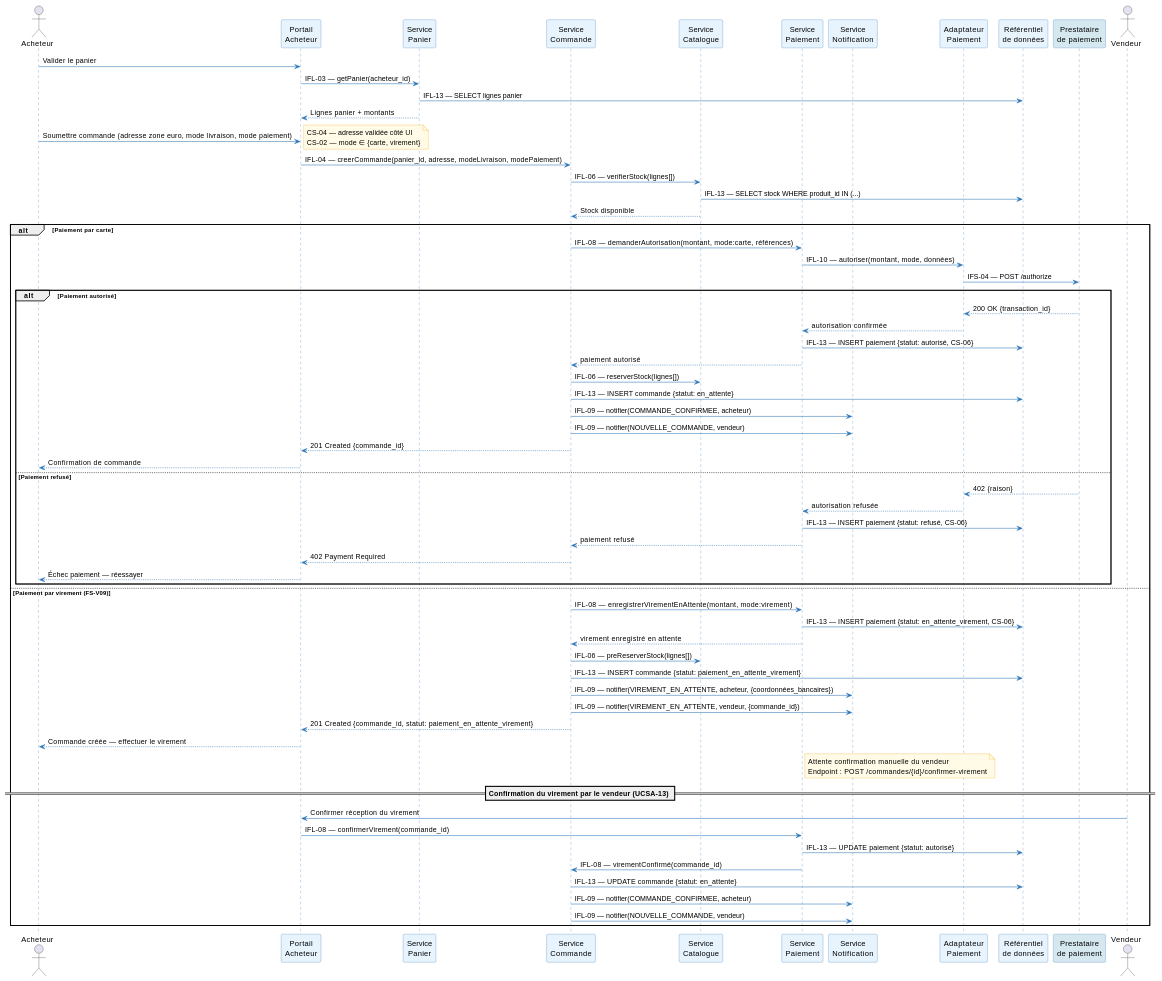
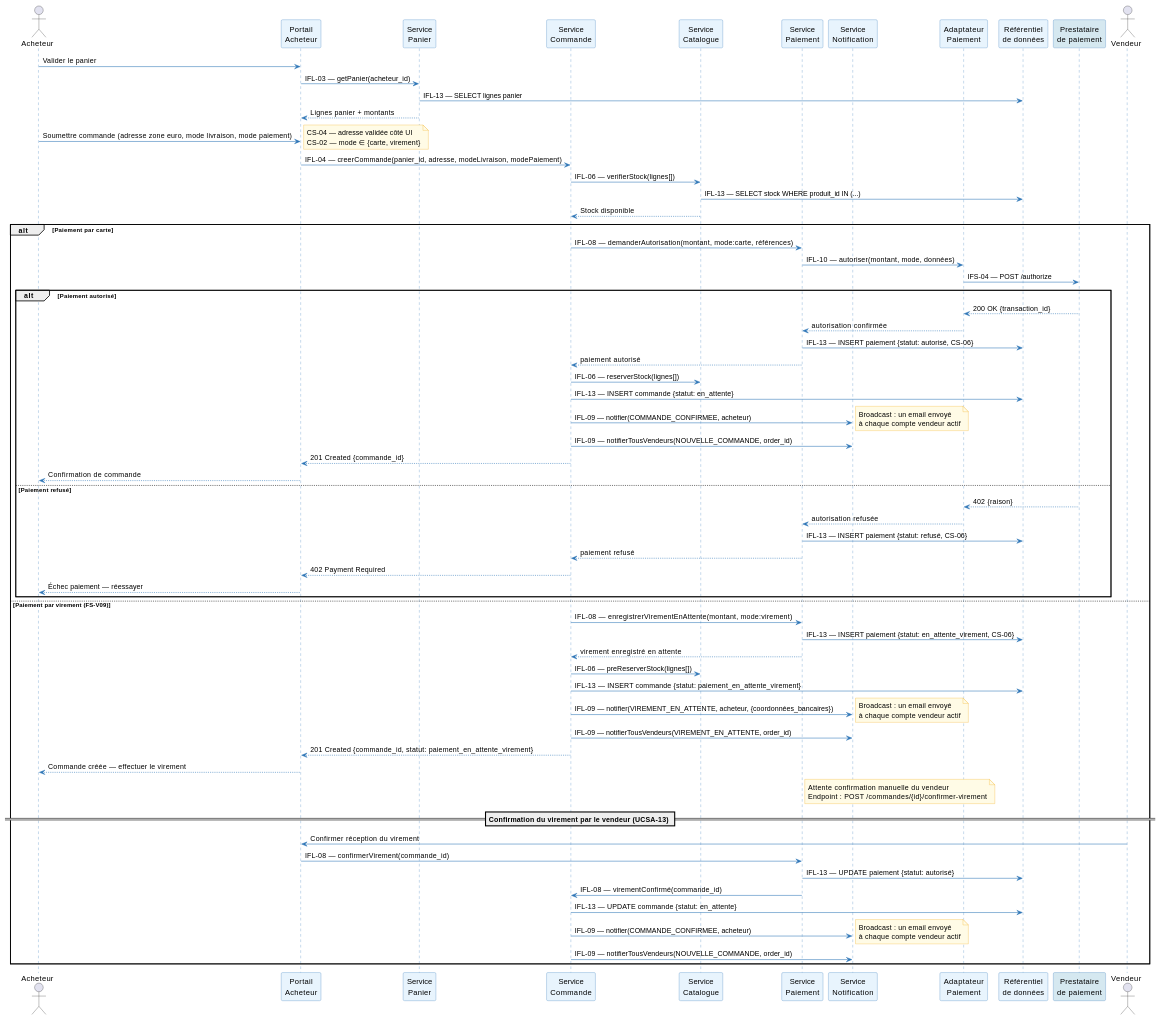
The third of 7 diagrams in architecture/03-logical-architecture/la.adoc (louistalvande/online_shop), drawn with PlantUML before and after one commit. The commit also changed other lines of this file and 41 other files, not shown here.

```diff
--- a/architecture/03-logical-architecture/la.adoc
+++ b/architecture/03-logical-architecture/la.adoc
@@ -437,7 +437,8 @@
     SvcOrder -> SvcCatalog : IFL-06 — reserverStock(lignes[])
     SvcOrder -> DB : IFL-13 — INSERT commande {statut: en_attente}
     SvcOrder -> SvcNotif : IFL-09 — notifier(COMMANDE_CONFIRMEE, acheteur)
-    SvcOrder -> SvcNotif : IFL-09 — notifier(NOUVELLE_COMMANDE, vendeur)
+    note right : Broadcast : un email envoyé\nà chaque compte vendeur actif
+    SvcOrder -> SvcNotif : IFL-09 — notifierTousVendeurs(NOUVELLE_COMMANDE, order_id)
     SvcOrder --> UI : 201 Created {commande_id}
     UI --> Buyer : Confirmation de commande
 
@@ -457,7 +458,8 @@
   SvcOrder -> SvcCatalog : IFL-06 — preReserverStock(lignes[])
   SvcOrder -> DB : IFL-13 — INSERT commande {statut: paiement_en_attente_virement}
   SvcOrder -> SvcNotif : IFL-09 — notifier(VIREMENT_EN_ATTENTE, acheteur, {coordonnées_bancaires})
-  SvcOrder -> SvcNotif : IFL-09 — notifier(VIREMENT_EN_ATTENTE, vendeur, {commande_id})
+  note right : Broadcast : un email envoyé\nà chaque compte vendeur actif
+  SvcOrder -> SvcNotif : IFL-09 — notifierTousVendeurs(VIREMENT_EN_ATTENTE, order_id)
   SvcOrder --> UI : 201 Created {commande_id, statut: paiement_en_attente_virement}
   UI --> Buyer : Commande créée — effectuer le virement
 
@@ -474,6 +476,7 @@
   SvcPayment -> SvcOrder : IFL-08 — virementConfirmé(commande_id)
   SvcOrder -> DB : IFL-13 — UPDATE commande {statut: en_attente}
   SvcOrder -> SvcNotif : IFL-09 — notifier(COMMANDE_CONFIRMEE, acheteur)
-  SvcOrder -> SvcNotif : IFL-09 — notifier(NOUVELLE_COMMANDE, vendeur)
+  note right : Broadcast : un email envoyé\nà chaque compte vendeur actif
+  SvcOrder -> SvcNotif : IFL-09 — notifierTousVendeurs(NOUVELLE_COMMANDE, order_id)
 end
 ----
```
